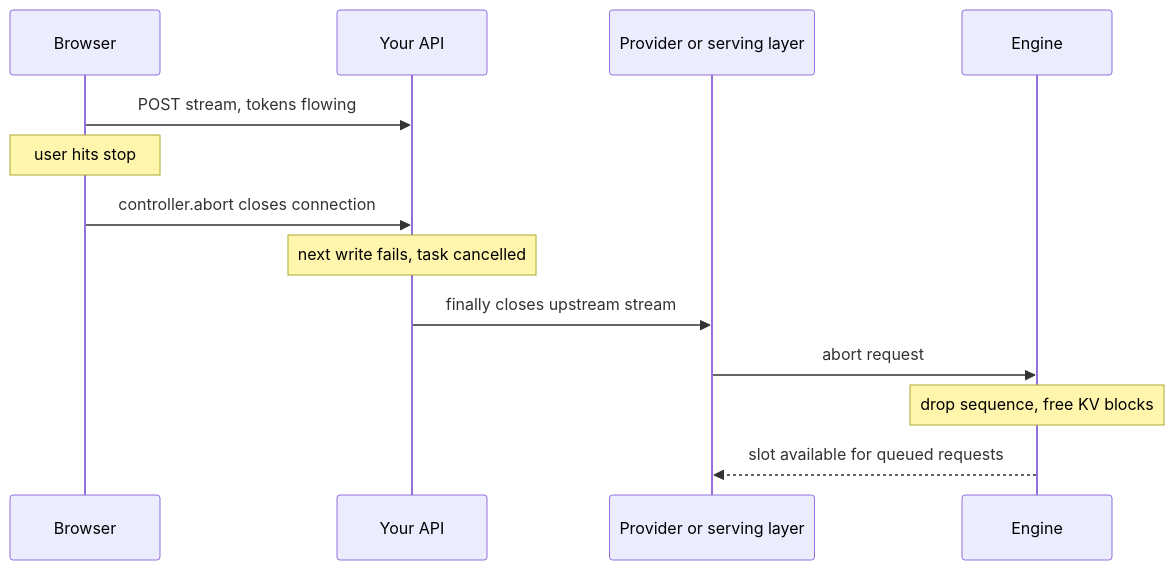
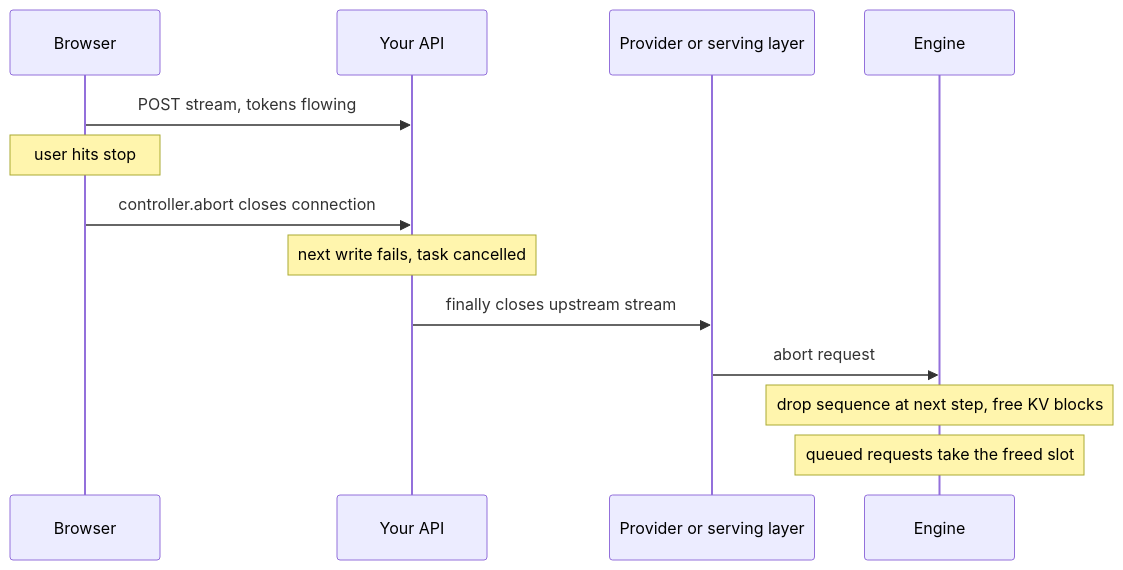
The diagram in content/serving-inference/cancellation.md (lovishmahajan97/agentic-learning), drawn with Mermaid before and after one commit. The commit also changed other lines of this file and 213 other files, not shown here.

````diff
--- a/content/serving-inference/cancellation.md
+++ b/content/serving-inference/cancellation.md
@@ -112,15 +111,15 @@
 ```mermaid
 sequenceDiagram
     participant B as Browser
     participant A as Your API
     participant G as Provider or serving layer
     participant E as Engine
     B->>A: POST stream, tokens flowing
     Note over B: user hits stop
     B->>A: controller.abort closes connection
     Note over A: next write fails, task cancelled
     A->>G: finally closes upstream stream
     G->>E: abort request
-    Note over E: drop sequence, free KV blocks
-    E-->>G: slot available for queued requests
+    Note over E: drop sequence at next step, free KV blocks
+    Note over E: queued requests take the freed slot
 ```
````
